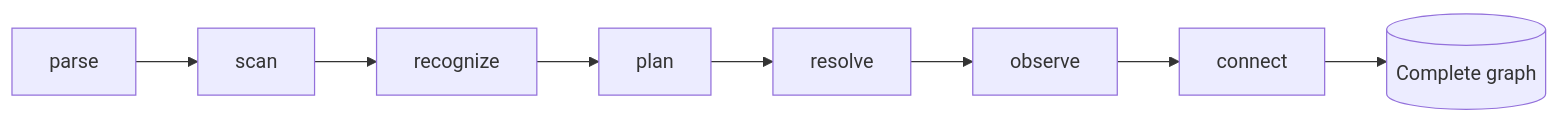
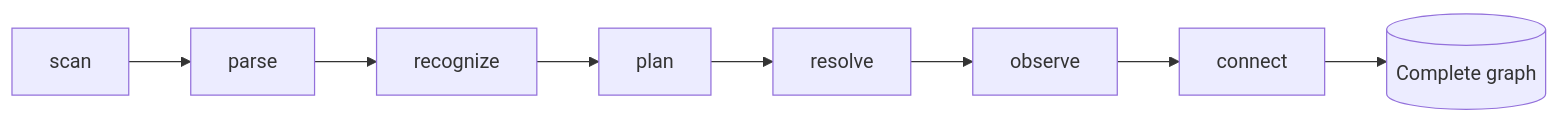
One commit to acaprino/daodan changed the diagram in README.md. Above: the diagram before and after it, drawn with Mermaid. The commit also changed other lines of this file and 2 other files, not shown here.

First line of the commit message:
docs(pipeline): scan viene prima di parse

````diff
--- a/README.md
+++ b/README.md
@@ -22,4 +22,4 @@
 ```mermaid
 flowchart LR
-  parse --> scan --> recognize --> plan --> resolve --> observe --> connect --> G[(Complete graph)]
+  scan --> parse --> recognize --> plan --> resolve --> observe --> connect --> G[(Complete graph)]
 ```
````
